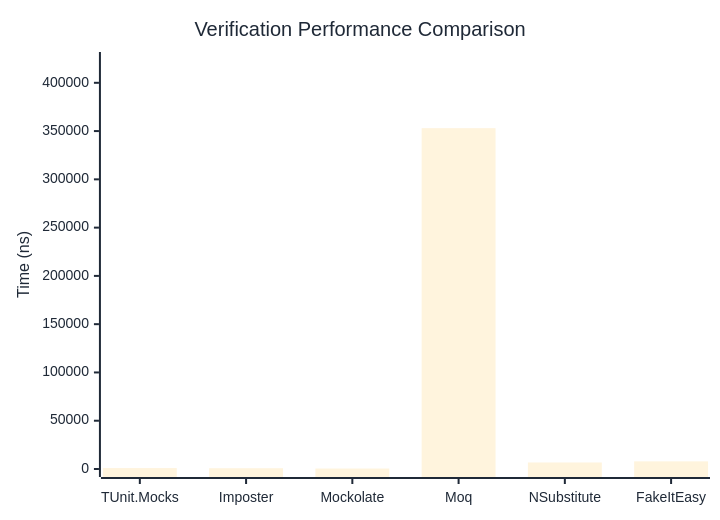
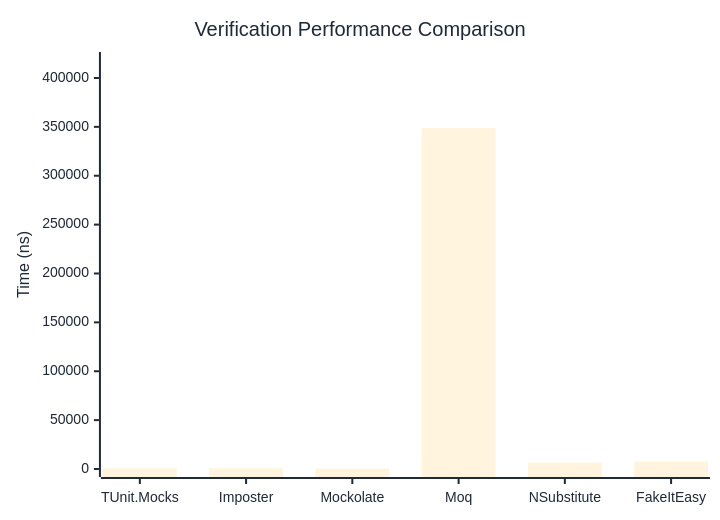
Before and after one commit to thomhurst/TUnit: the first of 3 diagrams in docs/docs/benchmarks/mocks/Verification.md, drawn with Mermaid. The commit also changed other lines of this file and 14 other files, not shown here.

````diff
--- a/docs/docs/benchmarks/mocks/Verification.md
+++ b/docs/docs/benchmarks/mocks/Verification.md
@@ -30,27 +30,27 @@
 ```mermaid
 %%{init: {
   'theme':'base',
   'themeVariables': {
     'primaryColor': '#2563eb',
     'primaryTextColor': '#1f2937',
     'primaryBorderColor': '#1e40af',
     'lineColor': '#6b7280',
     'secondaryColor': '#7c3aed',
     'tertiaryColor': '#dc2626',
     'background': '#ffffff',
     'pie1': '#2563eb',
     'pie2': '#7c3aed',
     'pie3': '#dc2626',
     'pie4': '#f59e0b',
     'pie5': '#10b981',
     'pie6': '#06b6d4',
     'pie7': '#ec4899',
     'pie8': '#6366f1'
   }
 }}%%
 xychart-beta
   title "Verification Performance Comparison"
   x-axis ["TUnit.Mocks", "Imposter", "Mockolate", "Moq", "NSubstitute", "FakeItEasy"]
-  y-axis "Time (ns)" 0 --> 423617
-  bar [946.17, 818.68, 490.16, 353014.01, 6757.85, 7919.01]
+  y-axis "Time (ns)" 0 --> 418389
+  bar [765.52, 762.21, 452.26, 348657.31, 6630.49, 7724.77]
 ```
````
